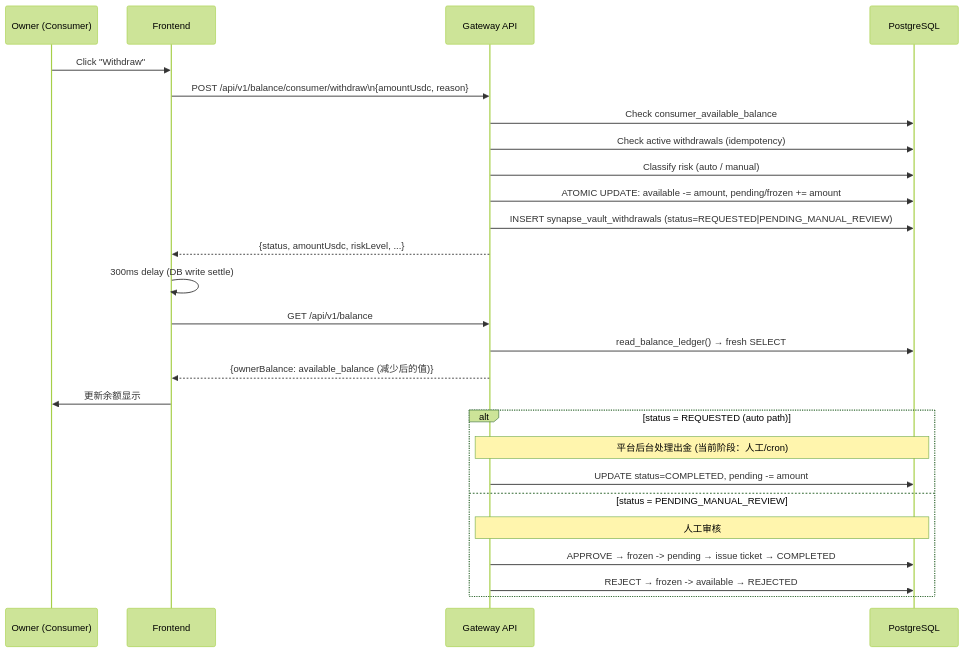
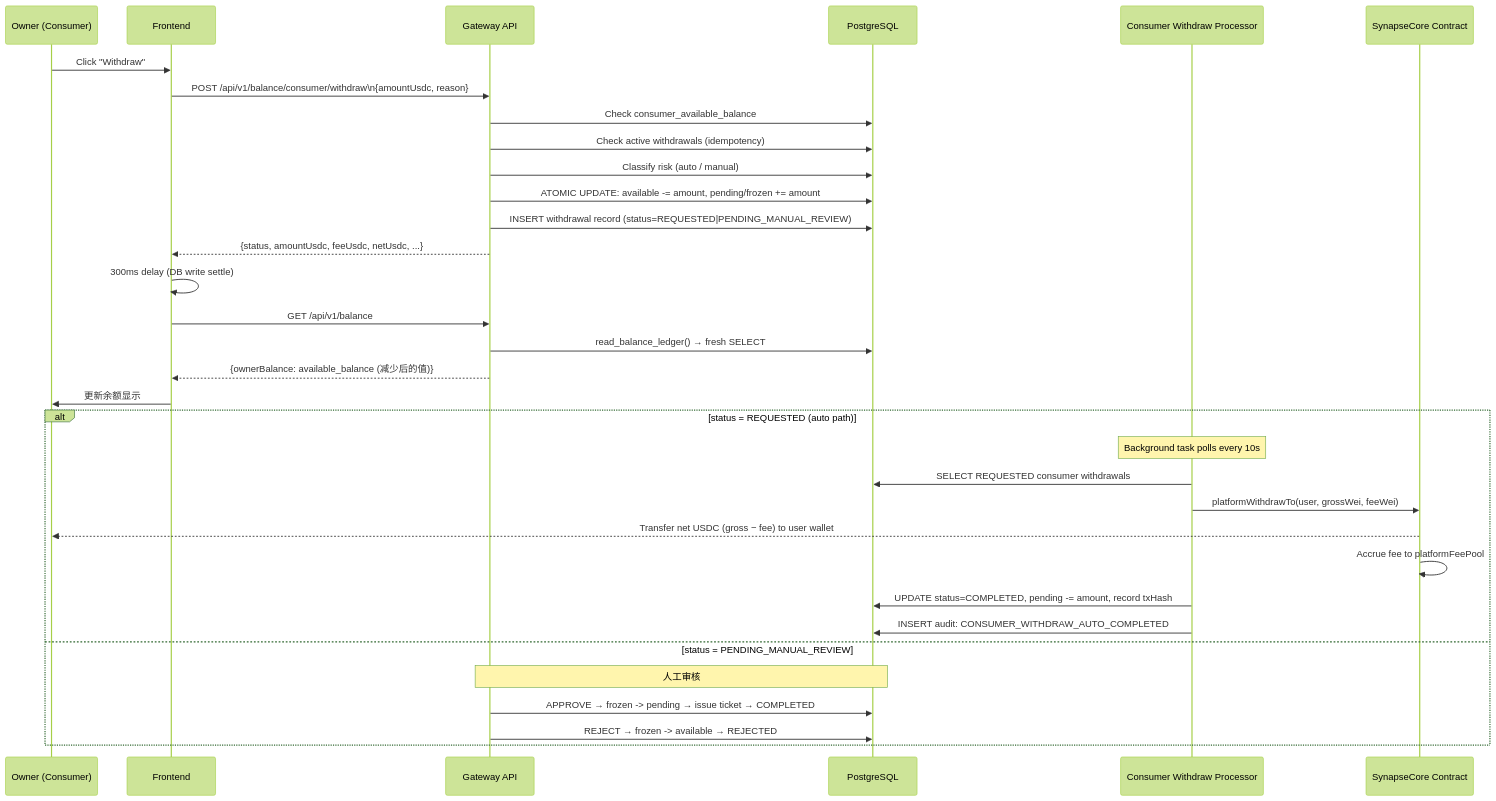
One commit to SynapseNetworkAI/Synapse-Network changed the diagram in docs/architecture/workflows/06_Consumer_Withdrawal_and_Risk_Gates.md. Above: the diagram before and after it, drawn with Mermaid (forest theme). The commit also changed other lines of this file and 26 other files, not shown here.

First line of the commit message:
feat: unify consumer withdraw via SynapseCore.withdraw() — delete platformWithdrawTo

````diff
--- a/docs/architecture/workflows/06_Consumer_Withdrawal_and_Risk_Gates.md
+++ b/docs/architecture/workflows/06_Consumer_Withdrawal_and_Risk_Gates.md
@@ -243,31 +244,38 @@
 ```mermaid
 sequenceDiagram
     participant U as Owner (Consumer)
     participant FE as Frontend
     participant GW as Gateway API
     participant DB as PostgreSQL
+    participant BG as Consumer Withdraw Processor
+    participant SC as SynapseCore Contract
 
     U->>FE: Click "Withdraw"
     FE->>GW: POST /api/v1/balance/consumer/withdraw\n{amountUsdc, reason}
     GW->>DB: Check consumer_available_balance
     GW->>DB: Check active withdrawals (idempotency)
     GW->>DB: Classify risk (auto / manual)
     GW->>DB: ATOMIC UPDATE: available -= amount, pending/frozen += amount
-    GW->>DB: INSERT synapse_vault_withdrawals (status=REQUESTED|PENDING_MANUAL_REVIEW)
-    GW-->>FE: {status, amountUsdc, riskLevel, ...}
+    GW->>DB: INSERT withdrawal record (status=REQUESTED|PENDING_MANUAL_REVIEW)
+    GW-->>FE: {status, amountUsdc, feeUsdc, netUsdc, ...}
 
     FE->>FE: 300ms delay (DB write settle)
     FE->>GW: GET /api/v1/balance
     GW->>DB: read_balance_ledger() → fresh SELECT
     GW-->>FE: {ownerBalance: available_balance (减少后的值)}
     FE->>U: 更新余额显示
 
     alt status = REQUESTED (auto path)
-        Note over GW,DB: 平台后台处理出金 (当前阶段：人工/cron)
-        GW->>DB: UPDATE status=COMPLETED, pending -= amount
+        Note over BG: Background task polls every 10s
+        BG->>DB: SELECT REQUESTED consumer withdrawals
+        BG->>SC: platformWithdrawTo(user, grossWei, feeWei)
+        SC-->>U: Transfer net USDC (gross − fee) to user wallet
+        SC->>SC: Accrue fee to platformFeePool
+        BG->>DB: UPDATE status=COMPLETED, pending -= amount, record txHash
+        BG->>DB: INSERT audit: CONSUMER_WITHDRAW_AUTO_COMPLETED
     else status = PENDING_MANUAL_REVIEW
         Note over GW,DB: 人工审核
         GW->>DB: APPROVE → frozen -> pending → issue ticket → COMPLETED
         GW->>DB: REJECT  → frozen -> available → REJECTED
     end
 ```
````
